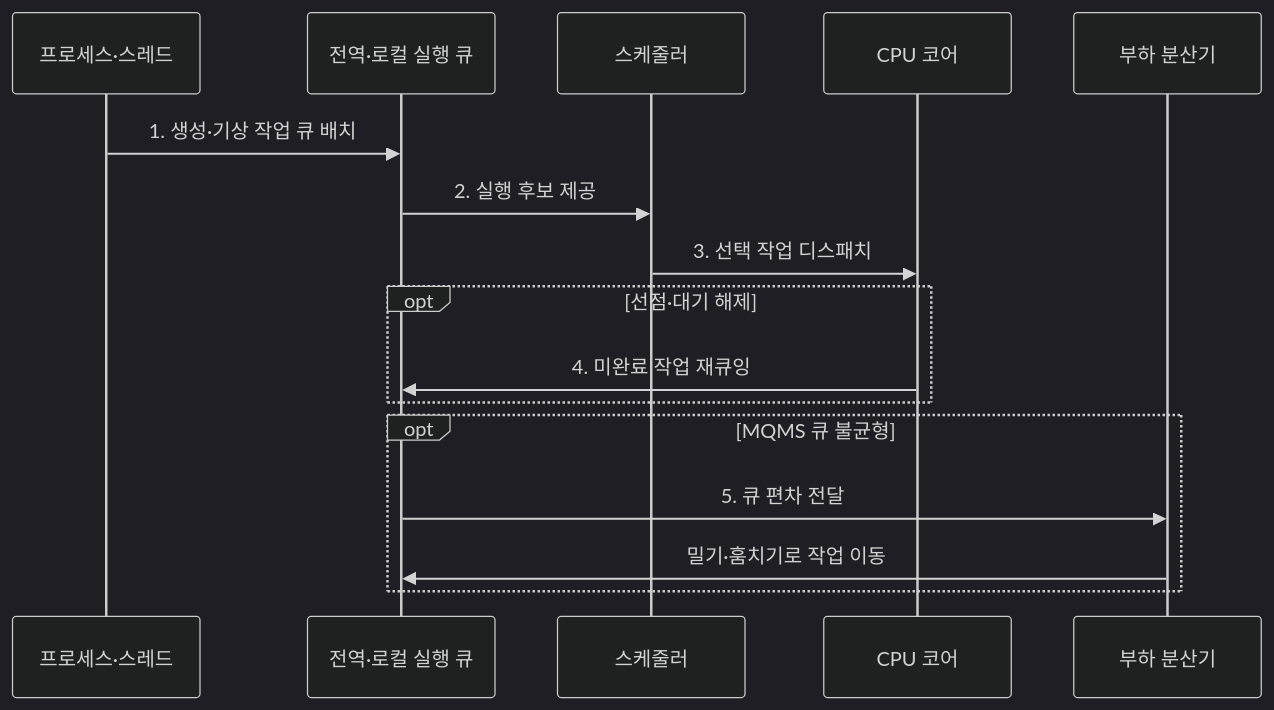
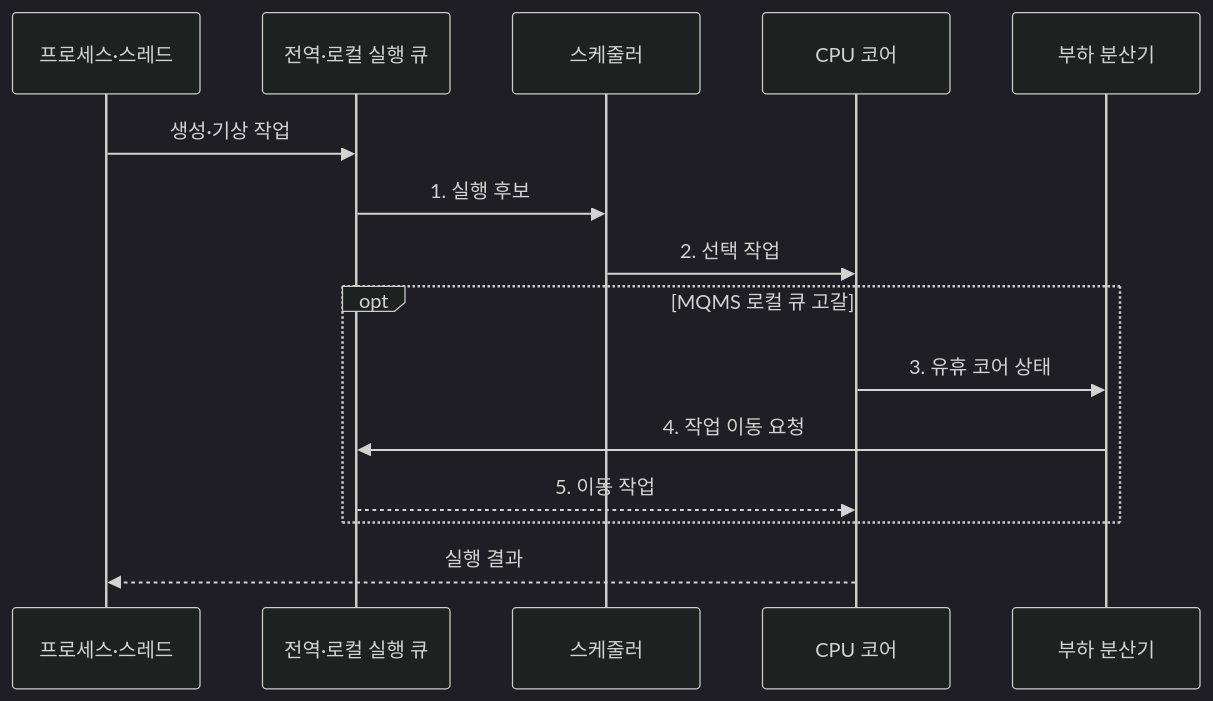
Before and after one commit to agnusdei1207/knowledge-base: the second of 2 diagrams in src/content/docs/notes/03-software/028_multiprocessor_scheduling_sqms_mqms.md, drawn with Mermaid (dark theme). The commit also changed other lines of this file and 20 other files, not shown here.

````diff
--- a/src/content/docs/notes/03-software/028_multiprocessor_scheduling_sqms_mqms.md
+++ b/src/content/docs/notes/03-software/028_multiprocessor_scheduling_sqms_mqms.md
@@ -92,18 +95,17 @@
 ```mermaid
 sequenceDiagram
     participant T as 프로세스·스레드
     participant Q as 전역·로컬 실행 큐
     participant S as 스케줄러
     participant C as CPU 코어
     participant B as 부하 분산기
-    T->>Q: 1. 생성·기상 작업 큐 배치
-    Q->>S: 2. 실행 후보 제공
-    S->>C: 3. 선택 작업 디스패치
-    opt 선점·대기 해제
-        C->>Q: 4. 미완료 작업 재큐잉
+    T->>Q: 생성·기상 작업
+    Q->>S: 1. 실행 후보
+    S->>C: 2. 선택 작업
+    opt MQMS 로컬 큐 고갈
+        C->>B: 3. 유휴 코어 상태
+        B->>Q: 4. 작업 이동 요청
+        Q-->>C: 5. 이동 작업
     end
-    opt MQMS 큐 불균형
-        Q->>B: 5. 큐 편차 전달
-        B->>Q: 밀기·훔치기로 작업 이동
-    end
+    C-->>T: 실행 결과
 ```
````
